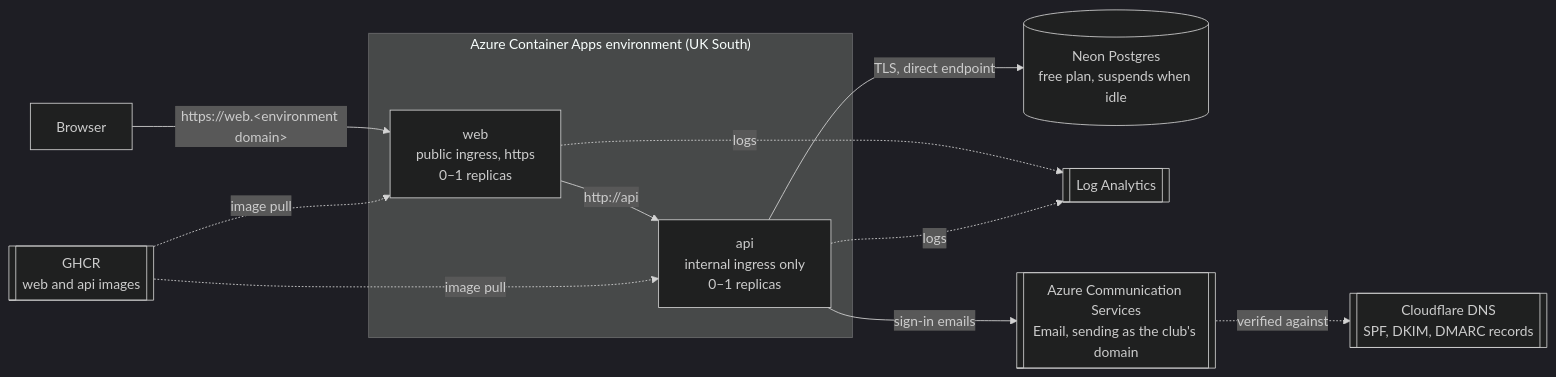
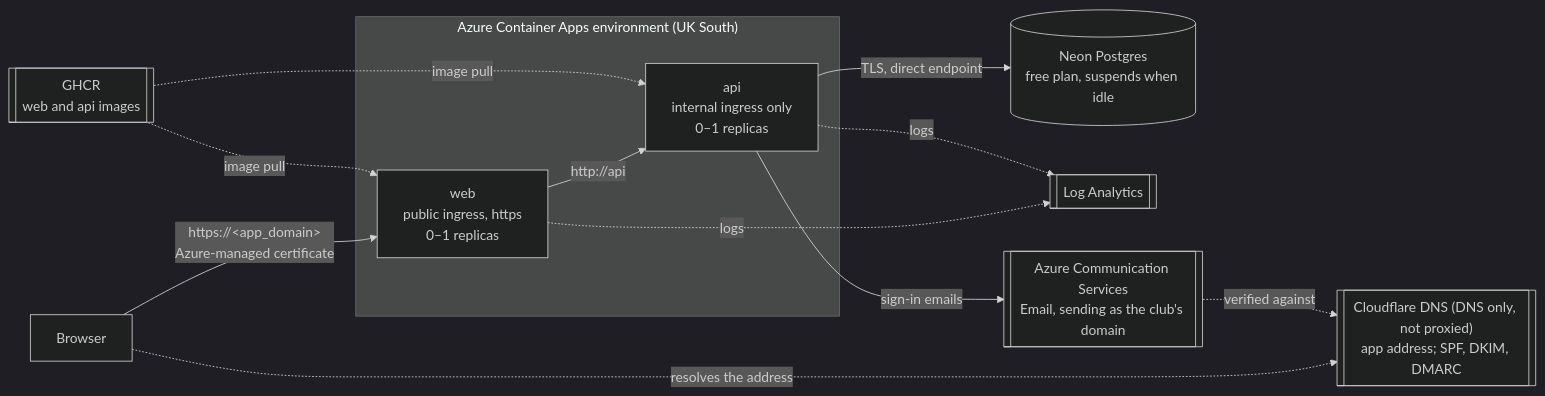
One commit to l1em1on1/social-tennis changed the seventh of 11 diagrams in docs/architecture.md. Above: the diagram before and after it, drawn with Mermaid (dark theme). The commit also changed other lines of this file and 15 other files, not shown here.

First line of the commit message:
Serve the app at its own domain over https, with an Azure-managed certificate

````diff
--- a/docs/architecture.md
+++ b/docs/architecture.md
@@ -284,21 +284,22 @@
 ```mermaid
 flowchart LR
     B[Browser]
     subgraph aca ["Azure Container Apps environment (UK South)"]
         W["web<br/>public ingress, https<br/>0–1 replicas"]
         A["api<br/>internal ingress only<br/>0–1 replicas"]
     end
     N[("Neon Postgres<br/>free plan, suspends when idle")]
     G[["GHCR<br/>web and api images"]]
     L[["Log Analytics"]]
     M[["Azure Communication Services<br/>Email, sending as the club's domain"]]
-    C[["Cloudflare DNS<br/>SPF, DKIM, DMARC records"]]
+    C[["Cloudflare DNS (DNS only, not proxied)<br/>app address; SPF, DKIM, DMARC"]]
 
-    B -->|"https://web.&lt;environment domain&gt;"| W
+    B -->|"https://&lt;app_domain&gt;<br/>Azure-managed certificate"| W
+    B -.->|"resolves the address"| C
     W -->|"http://api"| A
     A -->|"TLS, direct endpoint"| N
     G -.->|"image pull"| W & A
     W & A -.->|"logs"| L
     A -->|"sign-in emails"| M
     M -.->|"verified against"| C
 ```
````
